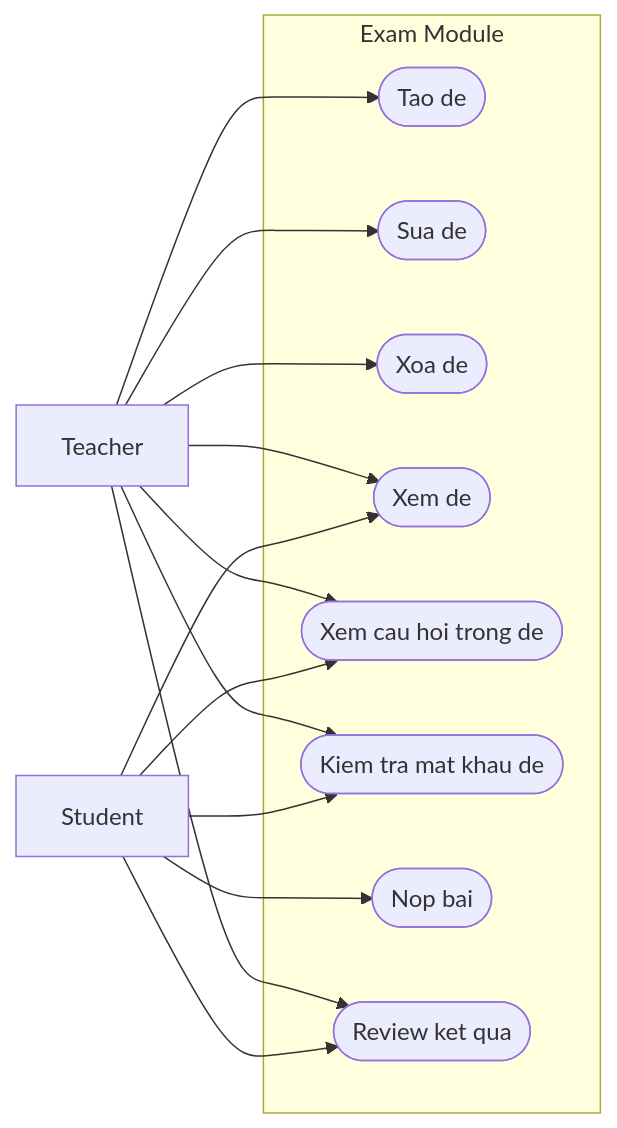
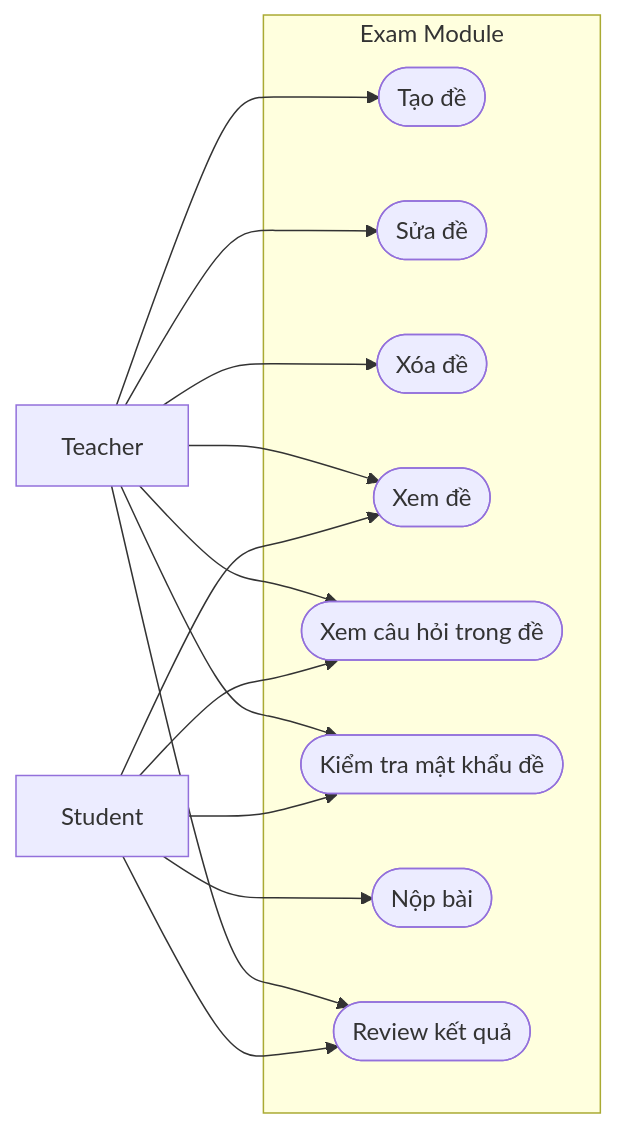
Before and after one commit to Tedomi2525/My_project: the second of 15 diagrams in docs/UML.md, drawn with Mermaid. The commit also changed other lines of this file, not shown here.

````diff
--- a/docs/UML.md
+++ b/docs/UML.md
@@ -201,30 +201,30 @@
 ```mermaid
 flowchart LR
   Teacher[Teacher]
   Student[Student]
 
   subgraph ExamModule[Exam Module]
-    E1([Tao de])
-    E2([Sua de])
-    E3([Xoa de])
-    E4([Xem de])
-    E5([Xem cau hoi trong de])
-    E6([Kiem tra mat khau de])
-    E7([Nop bai])
-    E8([Review ket qua])
+    E1([Tạo đề])
+    E2([Sửa đề])
+    E3([Xóa đề])
+    E4([Xem đề])
+    E5([Xem câu hỏi trong đề])
+    E6([Kiểm tra mật khẩu đề])
+    E7([Nộp bài])
+    E8([Review kết quả])
   end
 
   Teacher --> E1
   Teacher --> E2
   Teacher --> E3
   Teacher --> E4
   Teacher --> E5
   Teacher --> E6
   Teacher --> E8
 
   Student --> E4
   Student --> E5
   Student --> E6
   Student --> E7
   Student --> E8
 ```
````
